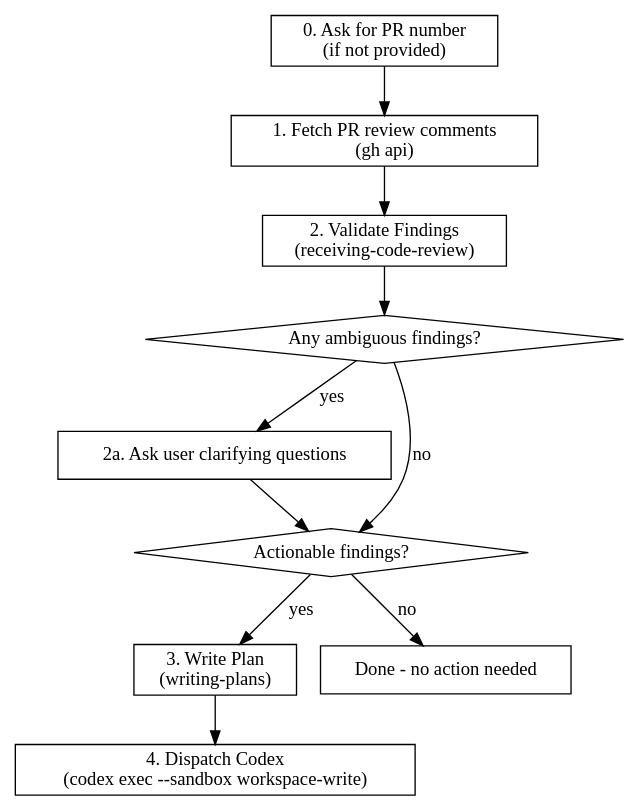
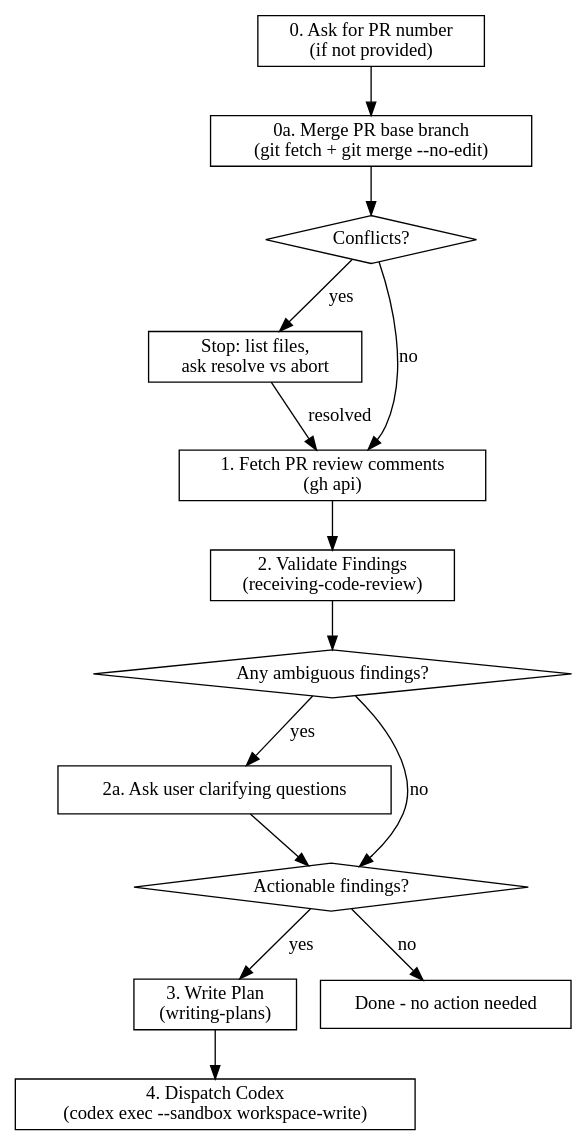
Before and after one commit to jrsgacusan/juel-claude: the diagram in skills/receive-review-and-execute/SKILL.md, drawn with Graphviz. The commit also changed other lines of this file and 1 other file, not shown here.

Commit message:
feat(receive-review): merge the PR base branch before reading review comments

````diff
--- a/skills/receive-review-and-execute/SKILL.md
+++ b/skills/receive-review-and-execute/SKILL.md
@@ -127,26 +131,33 @@
 ```dot
 digraph flow {
     rankdir=TB;
     node [shape=box];
 
     ask [label="0. Ask for PR number\n(if not provided)"];
+    sync [label="0a. Merge PR base branch\n(git fetch + git merge --no-edit)"];
+    conflict [label="Conflicts?" shape=diamond];
+    stop_conflict [label="Stop: list files,\nask resolve vs abort"];
     fetch [label="1. Fetch PR review comments\n(gh api)"];
     validate [label="2. Validate Findings\n(receiving-code-review)"];
     ambiguous [label="Any ambiguous findings?" shape=diamond];
     clarify [label="2a. Ask user clarifying questions"];
     has_findings [label="Actionable findings?" shape=diamond];
     plan [label="3. Write Plan\n(writing-plans)"];
     execute [label="4. Dispatch Codex\n(codex exec --sandbox workspace-write)"];
     done [label="Done - no action needed"];
 
-    ask -> fetch;
+    ask -> sync;
+    sync -> conflict;
+    conflict -> stop_conflict [label="yes"];
+    conflict -> fetch [label="no"];
+    stop_conflict -> fetch [label="resolved"];
     fetch -> validate;
     validate -> ambiguous;
     ambiguous -> clarify [label="yes"];
     ambiguous -> has_findings [label="no"];
     clarify -> has_findings;
     has_findings -> plan [label="yes"];
     has_findings -> done [label="no"];
     plan -> execute;
 }
 ```
````
